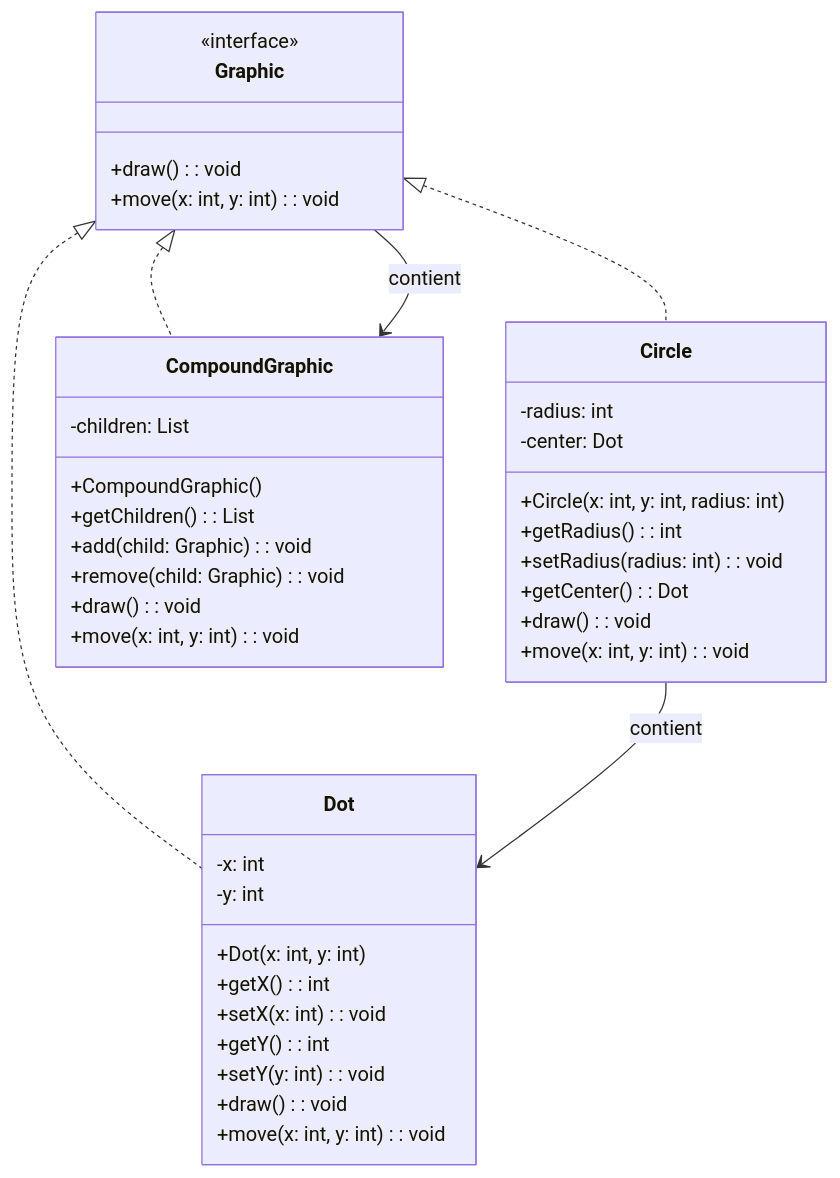
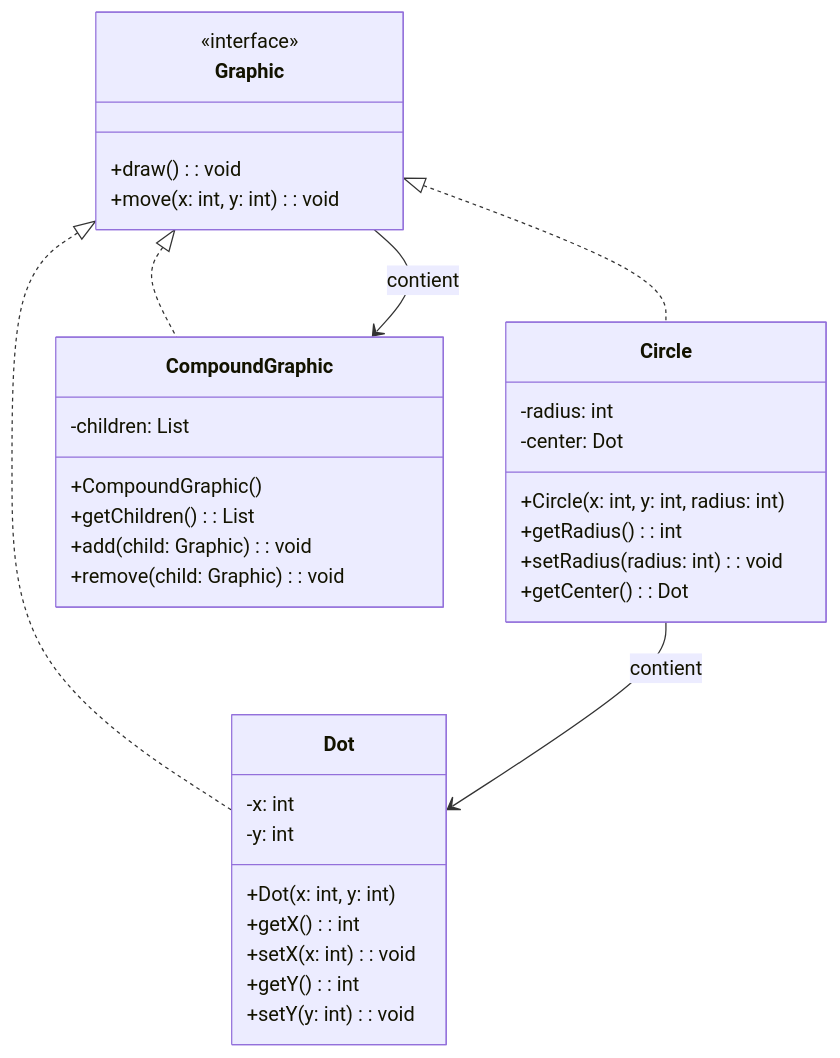
The diagram in _notes/patterns/structure/pattern-composite.md (ophenix-maisonneuve/420-930-ma-site-web), drawn with Mermaid before and after one commit.

Commit message:
correction mineure diagramme classes composite

````diff
--- a/_notes/patterns/structure/pattern-composite.md
+++ b/_notes/patterns/structure/pattern-composite.md
@@ -28,43 +28,37 @@
 ```mermaid
 classDiagram
 class Graphic {
   <<interface>>
   +draw(): void
   +move(x: int, y: int): void
 }
 Graphic <|.. Dot
 Graphic <|.. Circle
 Graphic <|.. CompoundGraphic
 class Dot {
   -x: int
   -y: int
   +Dot(x: int, y: int)
   +getX(): int
   +setX(x: int): void
   +getY(): int
   +setY(y: int): void
-  +draw(): void
-  +move(x: int, y: int): void
 }
 class Circle {
   -radius: int
   -center: Dot
   +Circle(x: int, y: int, radius: int)
   +getRadius(): int
   +setRadius(radius: int): void
   +getCenter(): Dot
-  +draw(): void
-  +move(x: int, y: int): void
 }
 class CompoundGraphic {
   -children: List<Graphic>
   +CompoundGraphic()
   +getChildren(): List<Graphic>
   +add(child: Graphic): void
   +remove(child: Graphic): void
-  +draw(): void
-  +move(x: int, y: int): void
 }
 CompoundGraphic <-- Graphic : contient
 Circle --> Dot : contient
 ```
````
